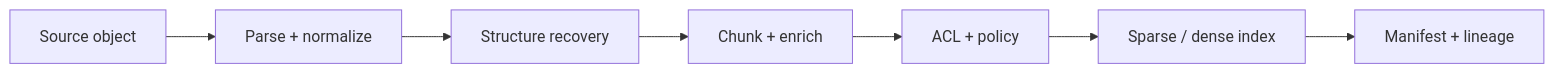
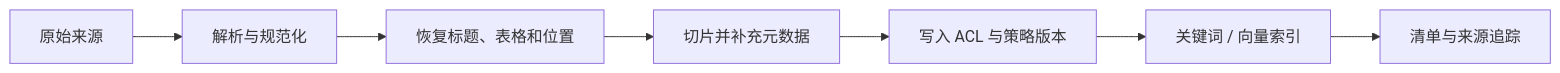
Before and after one commit to NightLemon/about-llm: the diagram in docs/applications/rag-ingestion.md, drawn with Mermaid. The commit also changed other lines of this file and 6 other files, not shown here.

````diff
--- a/docs/applications/rag-ingestion.md
+++ b/docs/applications/rag-ingestion.md
@@ -22,9 +94,9 @@
 ```mermaid
 flowchart LR
-    A["Source object"] --> B["Parse + normalize"]
-    B --> C["Structure recovery"]
-    C --> D["Chunk + enrich"]
-    D --> E["ACL + policy"]
-    E --> F["Sparse / dense index"]
-    F --> G["Manifest + lineage"]
+    A["原始来源"] --> B["解析与规范化"]
+    B --> C["恢复标题、表格和位置"]
+    C --> D["切片并补充元数据"]
+    D --> E["写入 ACL 与策略版本"]
+    E --> F["关键词 / 向量索引"]
+    F --> G["清单与来源追踪"]
 ```
````
